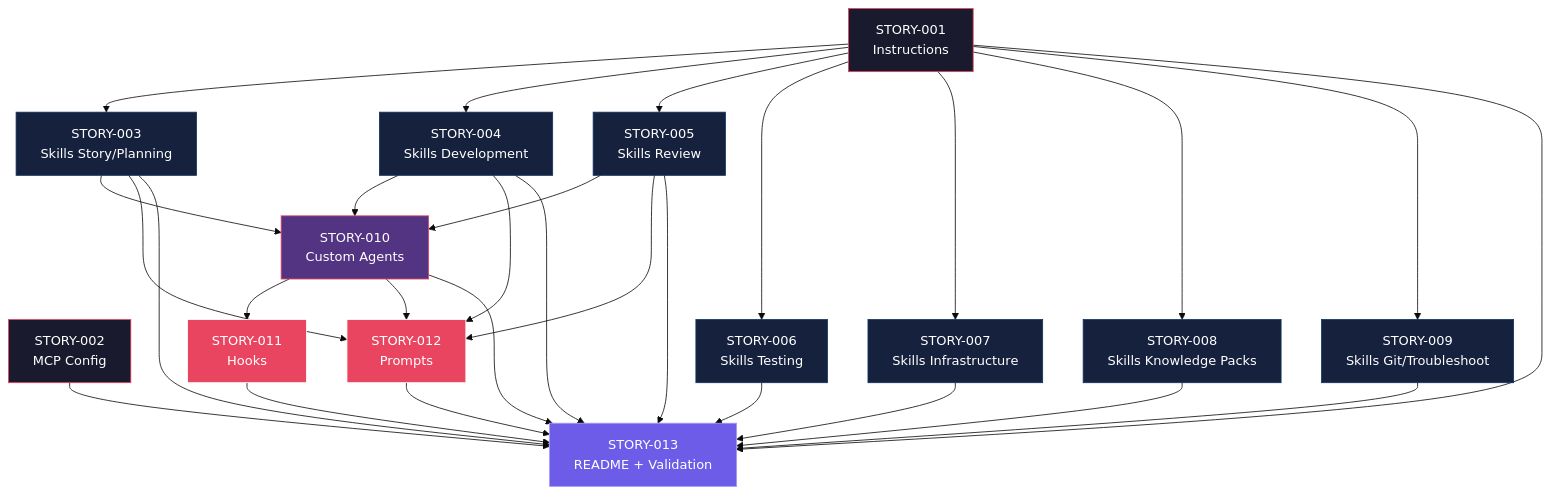
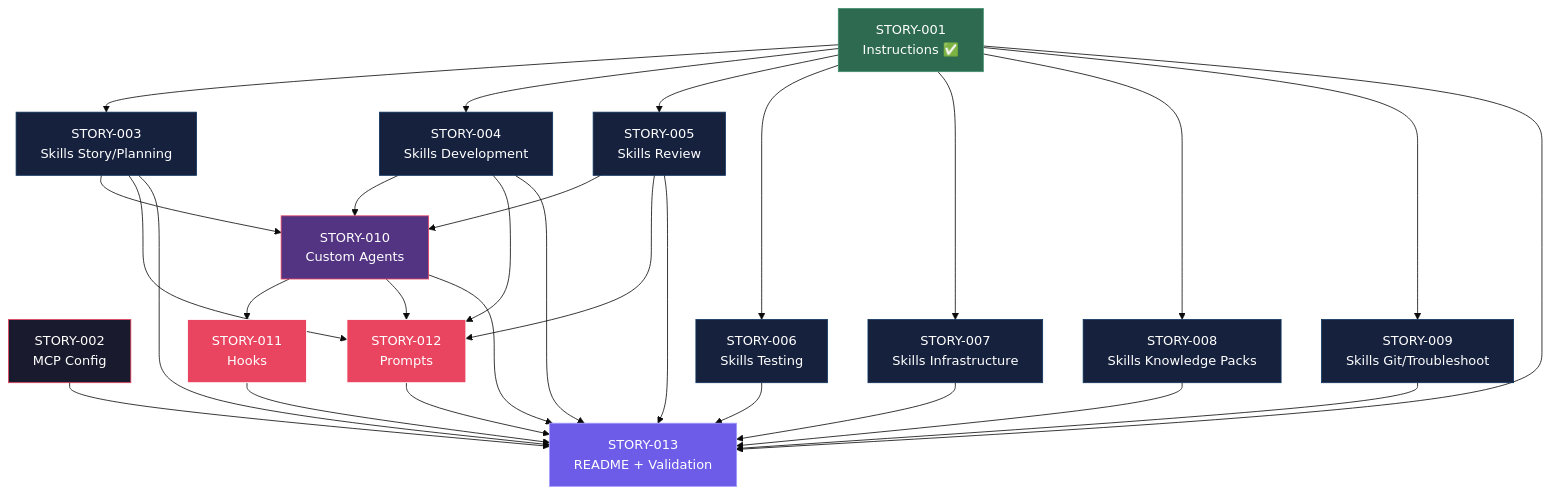
The diagram in docs/stories/github-structure/IMPLEMENTATION-MAP.md (edercnj/ia-dev-environment), drawn with Mermaid (base theme) before and after one commit. The commit also changed other lines of this file and 14 other files, not shown here.

First line of the commit message:
docs: rewrite stories to reference Python generator architecture

````diff
--- a/docs/stories/github-structure/IMPLEMENTATION-MAP.md
+++ b/docs/stories/github-structure/IMPLEMENTATION-MAP.md
@@ -111,64 +166,66 @@
 ```mermaid
 graph TD
-    S001["STORY-001<br/>Instructions"]
+    S001["STORY-001<br/>Instructions ✅"]
     S002["STORY-002<br/>MCP Config"]
     S003["STORY-003<br/>Skills Story/Planning"]
     S004["STORY-004<br/>Skills Development"]
     S005["STORY-005<br/>Skills Review"]
     S006["STORY-006<br/>Skills Testing"]
     S007["STORY-007<br/>Skills Infrastructure"]
     S008["STORY-008<br/>Skills Knowledge Packs"]
     S009["STORY-009<br/>Skills Git/Troubleshoot"]
     S010["STORY-010<br/>Custom Agents"]
     S011["STORY-011<br/>Hooks"]
     S012["STORY-012<br/>Prompts"]
     S013["STORY-013<br/>README + Validation"]
 
     %% Fase 0 → 1
     S001 --> S003
     S001 --> S004
     S001 --> S005
     S001 --> S006
     S001 --> S007
     S001 --> S008
     S001 --> S009
 
     %% Fase 1 → 2
     S003 --> S010
     S004 --> S010
     S005 --> S010
 
     %% Fase 2 → 3
     S010 --> S011
     S003 --> S012
     S004 --> S012
     S005 --> S012
     S010 --> S012
 
     %% Fase 3 → 4 (e transversais → 4)
     S001 --> S013
     S002 --> S013
     S003 --> S013
     S004 --> S013
     S005 --> S013
     S006 --> S013
     S007 --> S013
     S008 --> S013
     S009 --> S013
     S010 --> S013
     S011 --> S013
     S012 --> S013
 
     %% Estilos por fase
+    classDef fase0done fill:#2d6a4f,stroke:#40916c,color:#fff
     classDef fase0 fill:#1a1a2e,stroke:#e94560,color:#fff
     classDef fase1 fill:#16213e,stroke:#0f3460,color:#fff
     classDef fase2 fill:#533483,stroke:#e94560,color:#fff
     classDef fase3 fill:#e94560,stroke:#fff,color:#fff
     classDef fase4 fill:#6c5ce7,stroke:#a29bfe,color:#fff
 
-    class S001,S002 fase0
+    class S001 fase0done
+    class S002 fase0
     class S003,S004,S005,S006,S007,S008,S009 fase1
     class S010 fase2
     class S011,S012 fase3
     class S013 fase4
 ```
````
